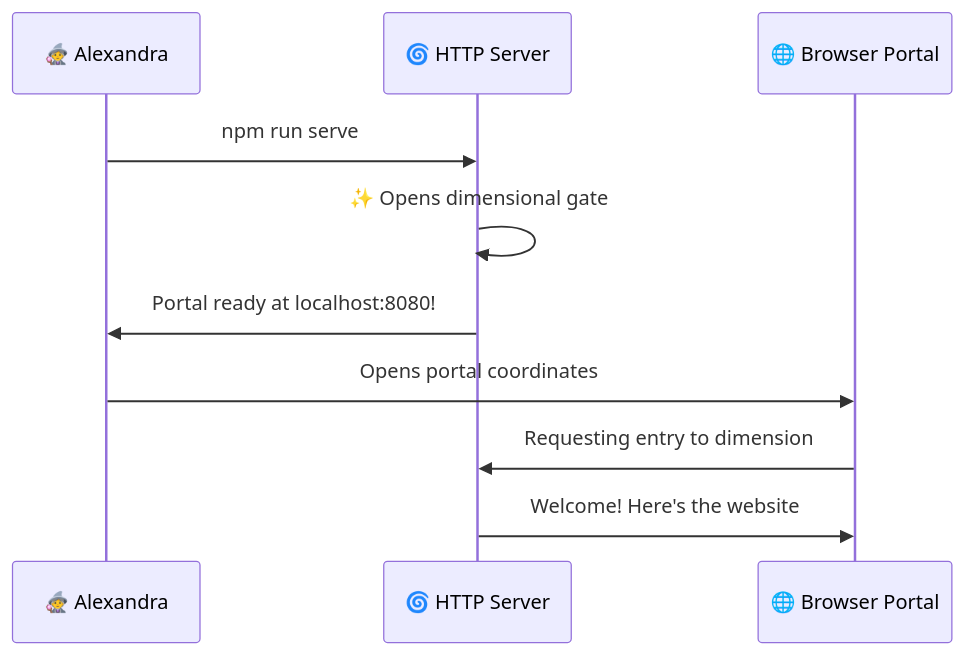
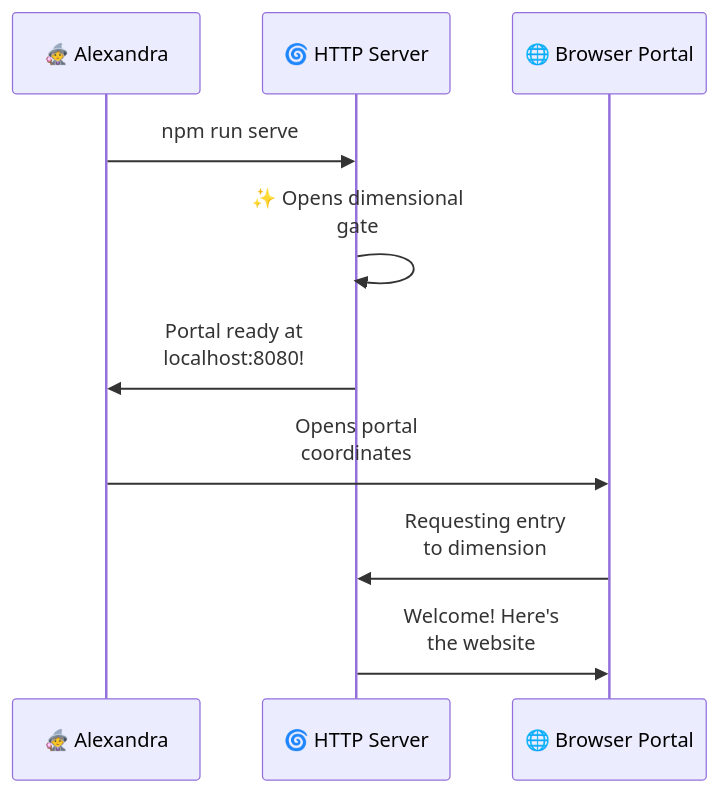
One commit to j4yh3m/alexandra-fizzbuzz-js changed the seventh of 12 diagrams in docs/TOOLS_GLOSSARY.md. Above: the diagram before and after it, drawn with Mermaid. The commit also changed other lines of this file and 2 other files, not shown here.

First line of the commit message:
fix: improve Mermaid diagram readability with better text wrapping

````diff
--- a/docs/TOOLS_GLOSSARY.md
+++ b/docs/TOOLS_GLOSSARY.md
@@ -225,13 +225,13 @@
 ```mermaid
 sequenceDiagram
     participant You as 🧙‍♀️ Alexandra
     participant Server as 🌀 HTTP Server
     participant Browser as 🌐 Browser Portal
     
     You->>Server: npm run serve
-    Server->>Server: ✨ Opens dimensional gate
-    Server->>You: Portal ready at localhost:8080!
-    You->>Browser: Opens portal coordinates
-    Browser->>Server: Requesting entry to dimension
-    Server->>Browser: Welcome! Here's the website
+    Server->>Server: ✨ Opens dimensional<br/>gate
+    Server->>You: Portal ready at<br/>localhost:8080!
+    You->>Browser: Opens portal<br/>coordinates
+    Browser->>Server: Requesting entry<br/>to dimension
+    Server->>Browser: Welcome! Here's<br/>the website
 ```
````
